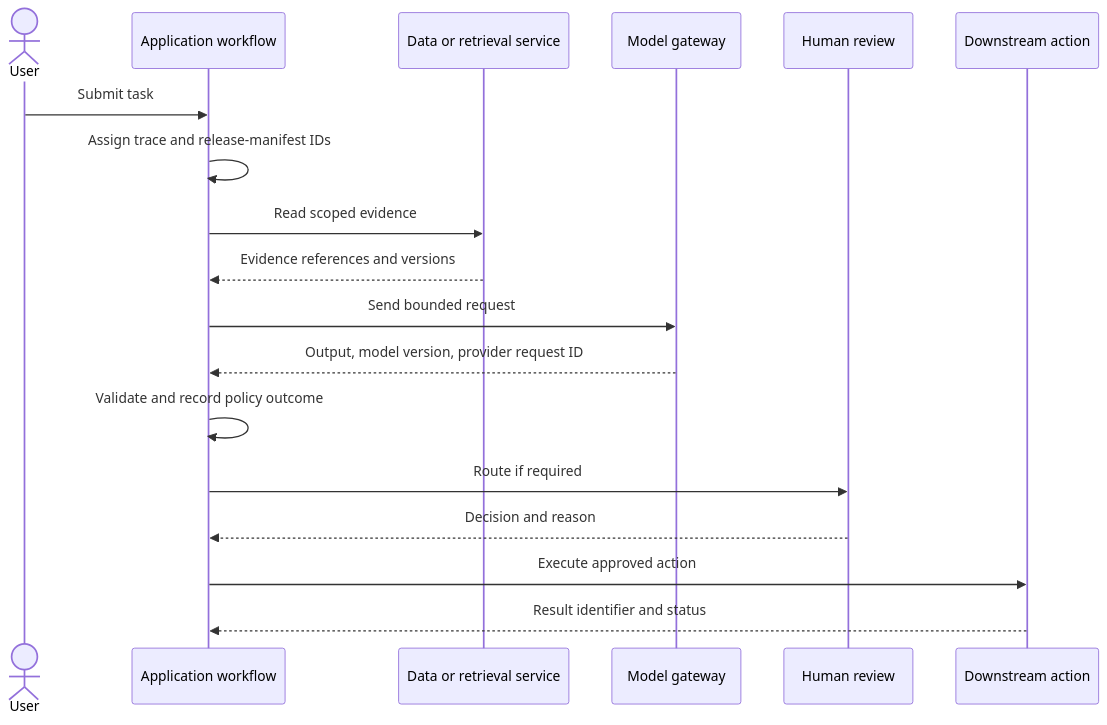
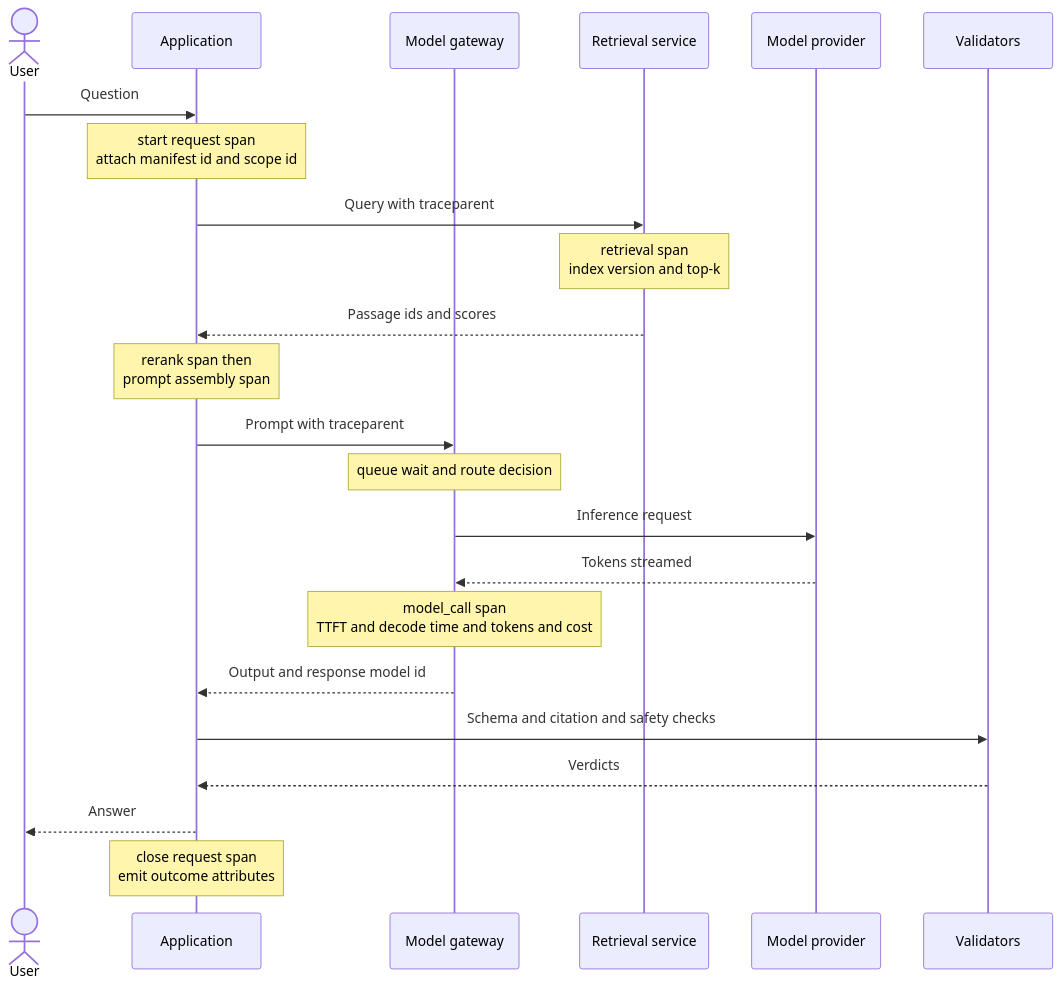
One commit to joydasss/Architect changed the second of 13 diagrams in 17_AI_Architecture/CH11_Evaluation_and_Observability_Architecture_for_AI_Systems.md. Above: the diagram before and after it, drawn with Mermaid. The commit also changed other lines of this file and 295 other files, not shown here.

````diff
--- a/17_AI_Architecture/CH11_Evaluation_and_Observability_Architecture_for_AI_Systems.md
+++ b/17_AI_Architecture/CH11_Evaluation_and_Observability_Architecture_for_AI_Systems.md
@@ -30,20 +199,25 @@
 ```mermaid
 sequenceDiagram
-    actor User
-    participant App as Application workflow
-    participant Data as Data or retrieval service
-    participant Model as Model gateway
-    participant Review as Human review
-    participant Action as Downstream action
-    User->>App: Submit task
-    App->>App: Assign trace and release-manifest IDs
-    App->>Data: Read scoped evidence
-    Data-->>App: Evidence references and versions
-    App->>Model: Send bounded request
-    Model-->>App: Output, model version, provider request ID
-    App->>App: Validate and record policy outcome
-    App->>Review: Route if required
-    Review-->>App: Decision and reason
-    App->>Action: Execute approved action
-    Action-->>App: Result identifier and status
+    actor U as User
+    participant APP as Application
+    participant GW as Model gateway
+    participant RET as Retrieval service
+    participant LLM as Model provider
+    participant VAL as Validators
+    U->>APP: Question
+    Note over APP: start request span<br/>attach manifest id and scope id
+    APP->>RET: Query with traceparent
+    Note over RET: retrieval span<br/>index version and top-k
+    RET-->>APP: Passage ids and scores
+    Note over APP: rerank span then<br/>prompt assembly span
+    APP->>GW: Prompt with traceparent
+    Note over GW: queue wait and route decision
+    GW->>LLM: Inference request
+    LLM-->>GW: Tokens streamed
+    Note over GW: model_call span<br/>TTFT and decode time and tokens and cost
+    GW-->>APP: Output and response model id
+    APP->>VAL: Schema and citation and safety checks
+    VAL-->>APP: Verdicts
+    APP-->>U: Answer
+    Note over APP: close request span<br/>emit outcome attributes
 ```
````
